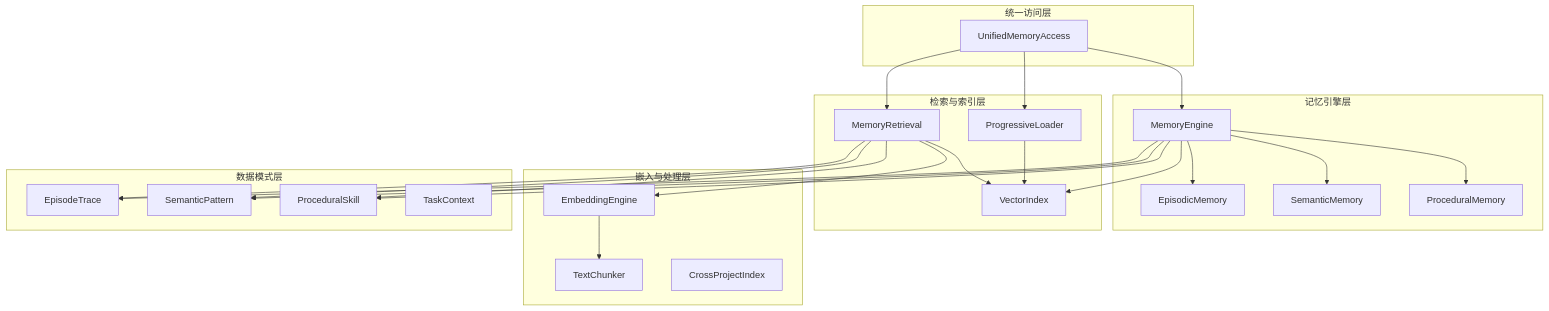
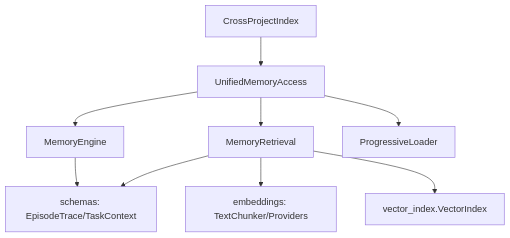
Before and after one commit to nerdneilsfield/code-wiki-pages: the diagram in public/loki-mode-docs/Memory System.md, drawn with Mermaid. The commit also changed other lines of this file and 399 other files, not shown here.

````diff
--- a/public/loki-mode-docs/Memory System.md
+++ b/public/loki-mode-docs/Memory System.md
@@ -29,50 +37,20 @@
 ```mermaid
-graph TB
-    subgraph "统一访问层"
-        UA[UnifiedMemoryAccess]
-    end
-    
-    subgraph "记忆引擎层"
-        ME[MemoryEngine]
-        EpiM[EpisodicMemory]
-        SemM[SemanticMemory]
-        ProM[ProceduralMemory]
-    end
-    
-    subgraph "检索与索引层"
-        MR[MemoryRetrieval]
-        VI[VectorIndex]
-        PL[ProgressiveLoader]
-    end
-    
-    subgraph "嵌入与处理层"
-        EE[EmbeddingEngine]
-        TC[TextChunker]
-        CP[CrossProjectIndex]
-    end
-    
-    subgraph "数据模式层"
-        ET[EpisodeTrace]
-        SP[SemanticPattern]
-        PS[ProceduralSkill]
-        TCtx[TaskContext]
-    end
-    
+graph TD
+    UA[UnifiedMemoryAccess]
+    ME[MemoryEngine]
+    MR[MemoryRetrieval]
+    SCH[schemas: EpisodeTrace/TaskContext]
+    EMB[embeddings: TextChunker/Providers]
+    VI[vector_index.VectorIndex]
+    PL[ProgressiveLoader]
+    CPI[CrossProjectIndex]
+
     UA --> ME
     UA --> MR
-    ME --> EpiM
-    ME --> SemM
-    ME --> ProM
-    ME --> VI
+    ME --> SCH
+    MR --> SCH
+    MR --> EMB
     MR --> VI
-    MR --> EE
-    PL --> VI
-    EE --> TC
     UA --> PL
-    ME --> ET
-    ME --> SP
-    ME --> PS
-    MR --> ET
-    MR --> SP
-    MR --> PS
+    CPI --> UA
 ```
````
